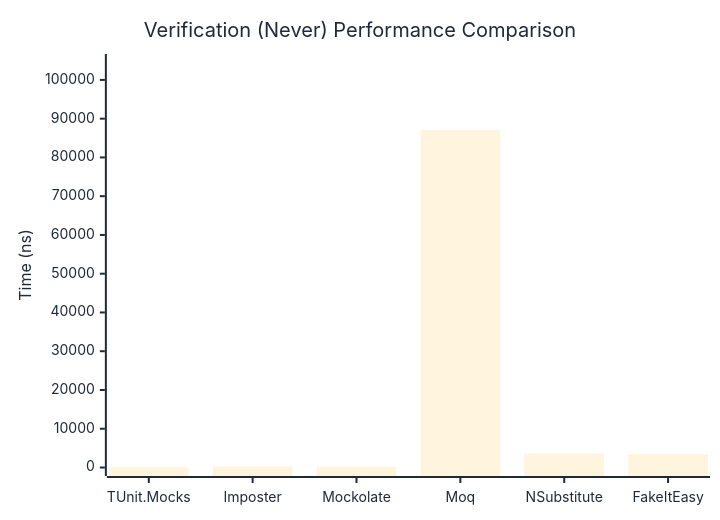
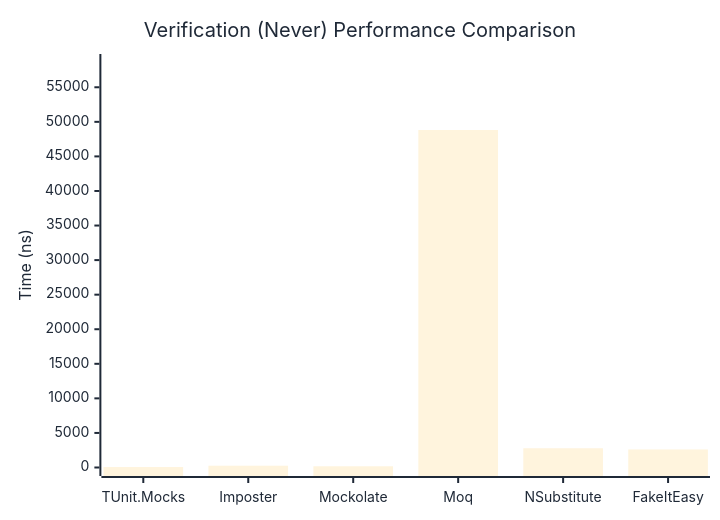
One commit to thomhurst/TUnit changed the second of 3 diagrams in docs/docs/benchmarks/mocks/Verification.md. Above: the diagram before and after it, drawn with Mermaid. The commit also changed other lines of this file and 13 other files, not shown here.

````diff
--- a/docs/docs/benchmarks/mocks/Verification.md
+++ b/docs/docs/benchmarks/mocks/Verification.md
@@ -69,27 +69,27 @@
 ```mermaid
 %%{init: {
   'theme':'base',
   'themeVariables': {
     'primaryColor': '#2563eb',
     'primaryTextColor': '#1f2937',
     'primaryBorderColor': '#1e40af',
     'lineColor': '#6b7280',
     'secondaryColor': '#7c3aed',
     'tertiaryColor': '#dc2626',
     'background': '#ffffff',
     'pie1': '#2563eb',
     'pie2': '#7c3aed',
     'pie3': '#dc2626',
     'pie4': '#f59e0b',
     'pie5': '#10b981',
     'pie6': '#06b6d4',
     'pie7': '#ec4899',
     'pie8': '#6366f1'
   }
 }}%%
 xychart-beta
   title "Verification (Never) Performance Comparison"
   x-axis ["TUnit.Mocks", "Imposter", "Mockolate", "Moq", "NSubstitute", "FakeItEasy"]
-  y-axis "Time (ns)" 0 --> 104493
-  bar [84.48, 337.65, 225.18, 87077.29, 3594.29, 3489.27]
+  y-axis "Time (ns)" 0 --> 58583
+  bar [66.3, 258.88, 177.2, 48818.68, 2784.69, 2609.66]
 ```
````
